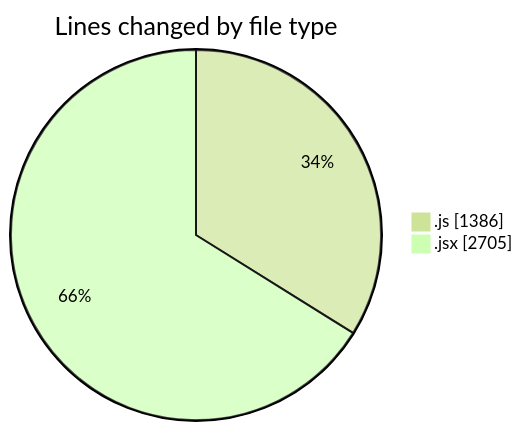
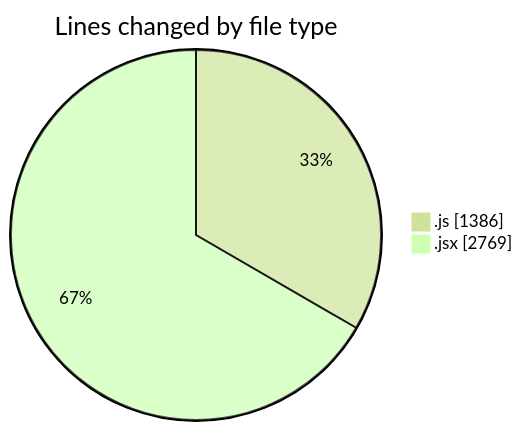
One commit to nxtqubesakshisongat/code-tracking changed the first of 2 diagrams in 2025-07-29/nxtqube_webapp/README.md. Above: the diagram before and after it, drawn with Mermaid (forest theme). The commit also changed other lines of this file and 1 other file, not shown here.

````diff
--- a/2025-07-29/nxtqube_webapp/README.md
+++ b/2025-07-29/nxtqube_webapp/README.md
@@ -31,6 +31,6 @@
 ```mermaid
 pie showData
 title Lines changed by file type
 ".js" : 1386
-".jsx" : 2705
+".jsx" : 2769
 ```
````
